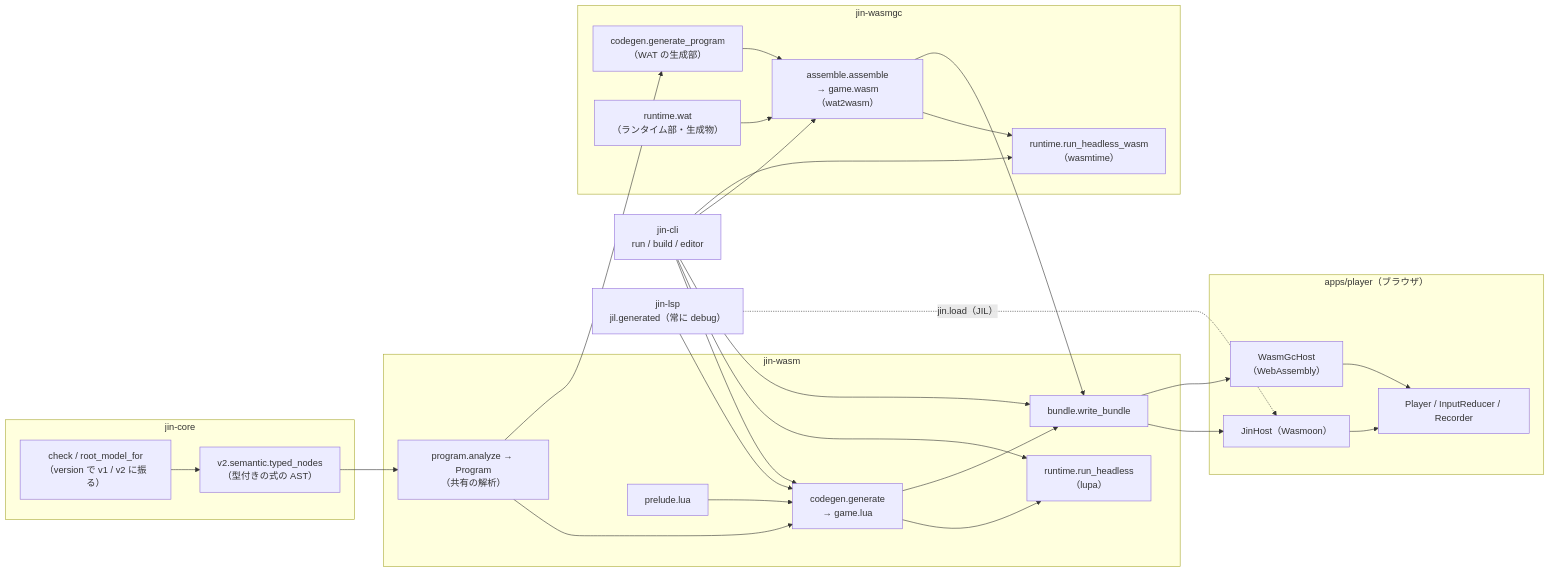
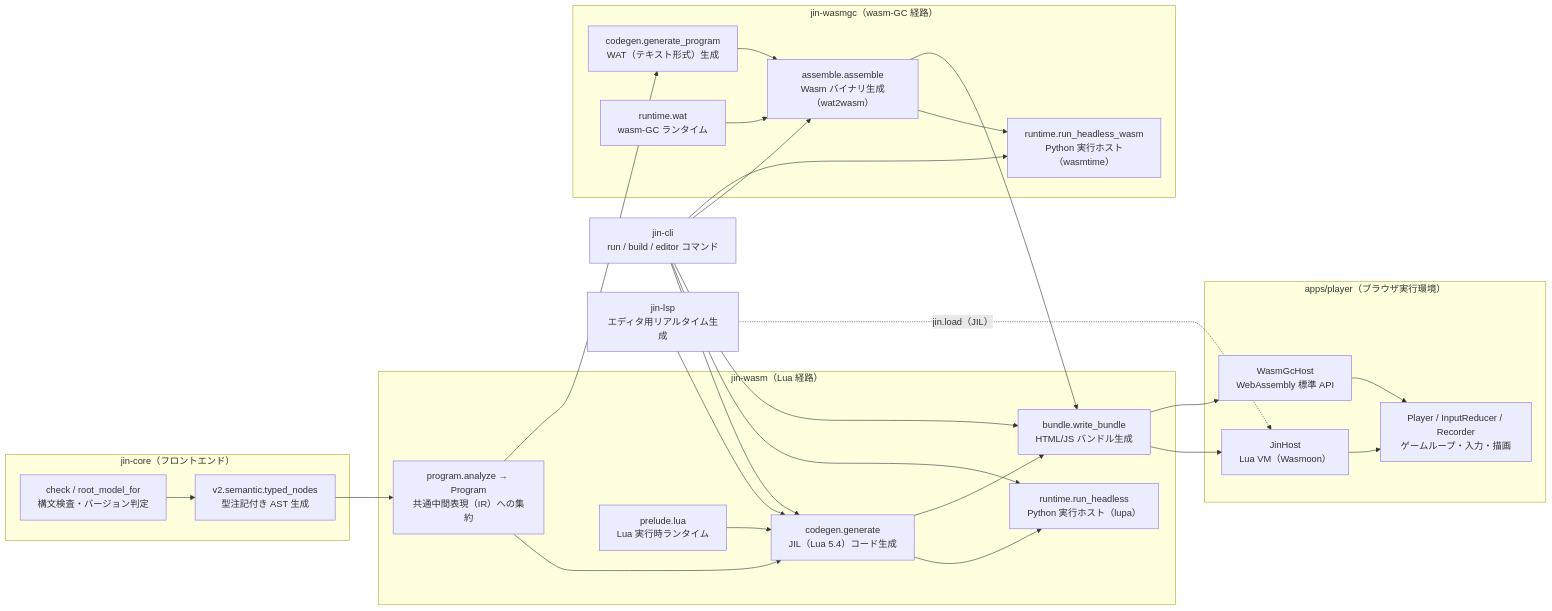
One commit to rswisteria/jin-lang changed the first of 2 diagrams in docs/execution-engine.md. Above: the diagram before and after it, drawn with Mermaid. The commit also changed other lines of this file, not shown here.

````diff
--- a/docs/execution-engine.md
+++ b/docs/execution-engine.md
@@ -22,45 +41,45 @@
 ```mermaid
 flowchart LR
-  subgraph core["jin-core"]
-    check["check / root_model_for<br/>（version で v1 / v2 に振る）"]
-    sem["v2.semantic.typed_nodes<br/>（型付きの式の AST）"]
+  subgraph core["jin-core（フロントエンド）"]
+    check["check / root_model_for<br/>構文検査・バージョン判定"]
+    sem["v2.semantic.typed_nodes<br/>型注記付き AST 生成"]
   end
-  subgraph wasm["jin-wasm"]
-    prog["program.analyze → Program<br/>（共有の解析）"]
-    cg["codegen.generate<br/>→ game.lua"]
-    prel["prelude.lua"]
-    lrt["runtime.run_headless<br/>（lupa）"]
-    bundle["bundle.write_bundle"]
+  subgraph wasm["jin-wasm（Lua 経路）"]
+    prog["program.analyze → Program<br/>共通中間表現（IR）への集約"]
+    cg["codegen.generate<br/>JIL（Lua 5.4）コード生成"]
+    prel["prelude.lua<br/>Lua 実行時ランタイム"]
+    lrt["runtime.run_headless<br/>Python 実行ホスト（lupa）"]
+    bundle["bundle.write_bundle<br/>HTML/JS バンドル生成"]
   end
-  subgraph gc["jin-wasmgc"]
-    gcg["codegen.generate_program<br/>（WAT の生成部）"]
-    rwat["runtime.wat<br/>（ランタイム部・生成物）"]
-    asm["assemble.assemble<br/>→ game.wasm（wat2wasm）"]
-    grt["runtime.run_headless_wasm<br/>（wasmtime）"]
+  subgraph gc["jin-wasmgc（wasm-GC 経路）"]
+    gcg["codegen.generate_program<br/>WAT（テキスト形式）生成"]
+    rwat["runtime.wat<br/>wasm-GC ランタイム"]
+    asm["assemble.assemble<br/>Wasm バイナリ生成（wat2wasm）"]
+    grt["runtime.run_headless_wasm<br/>Python 実行ホスト（wasmtime）"]
   end
-  subgraph player["apps/player（ブラウザ）"]
-    jh["JinHost（Wasmoon）"]
-    wh["WasmGcHost<br/>（WebAssembly）"]
-    pl["Player / InputReducer / Recorder"]
+  subgraph player["apps/player（ブラウザ実行環境）"]
+    jh["JinHost<br/>Lua VM（Wasmoon）"]
+    wh["WasmGcHost<br/>WebAssembly 標準 API"]
+    pl["Player / InputReducer / Recorder<br/>ゲームループ・入力・描画"]
   end
-  cli["jin-cli<br/>run / build / editor"]
-  lsp["jin-lsp<br/>jil.generated（常に debug）"]
+  cli["jin-cli<br/>run / build / editor コマンド"]
+  lsp["jin-lsp<br/>エディタ用リアルタイム生成"]
 
   check --> sem --> prog
   prog --> cg
   prel --> cg
   prog --> gcg
   rwat --> asm
   gcg --> asm
   cg --> lrt
   asm --> grt
   cg --> bundle
   asm --> bundle
   bundle --> jh
   bundle --> wh
   jh --> pl
   wh --> pl
   cli --> cg & asm & lrt & grt & bundle
   lsp --> cg
   lsp -. "jin.load（JIL）" .-> jh
 ```
````
